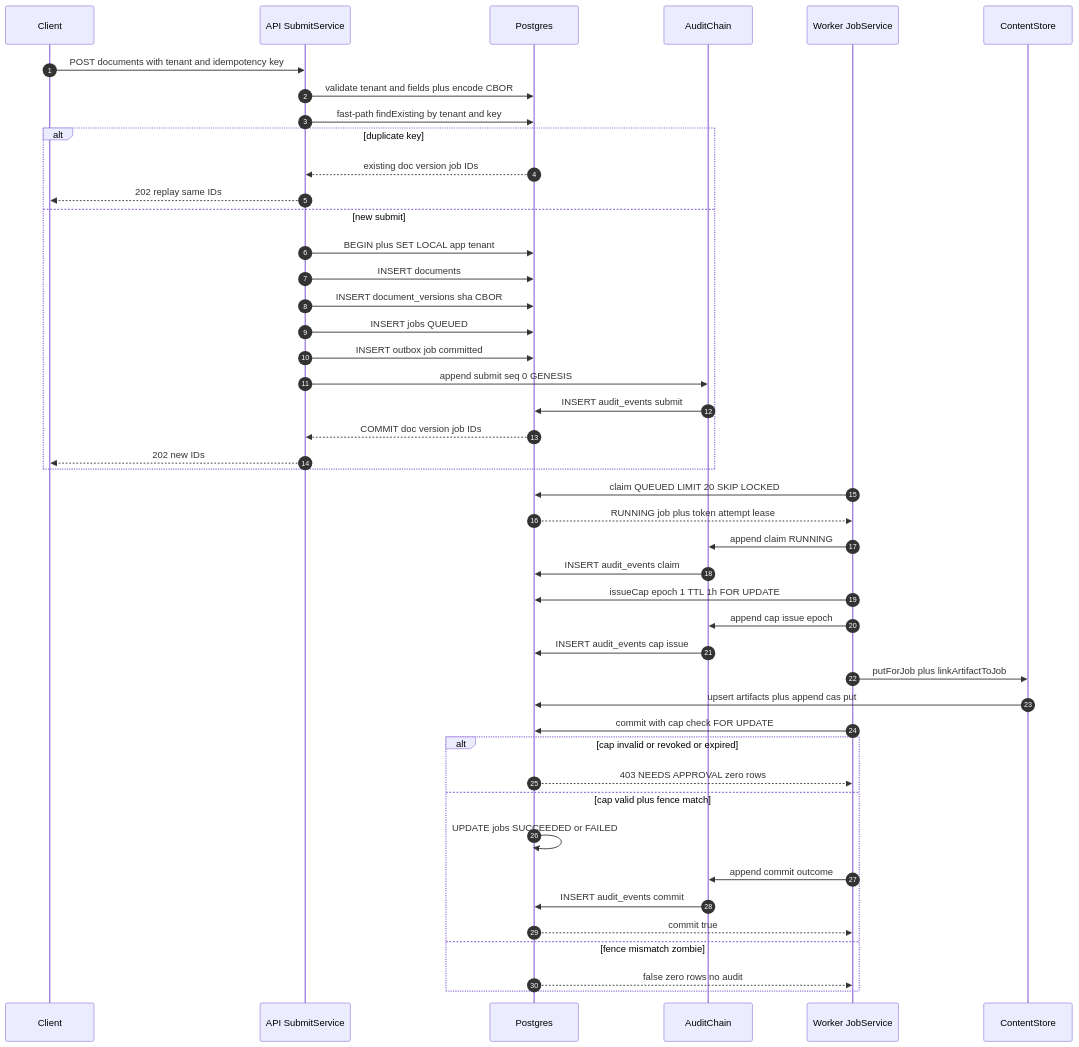
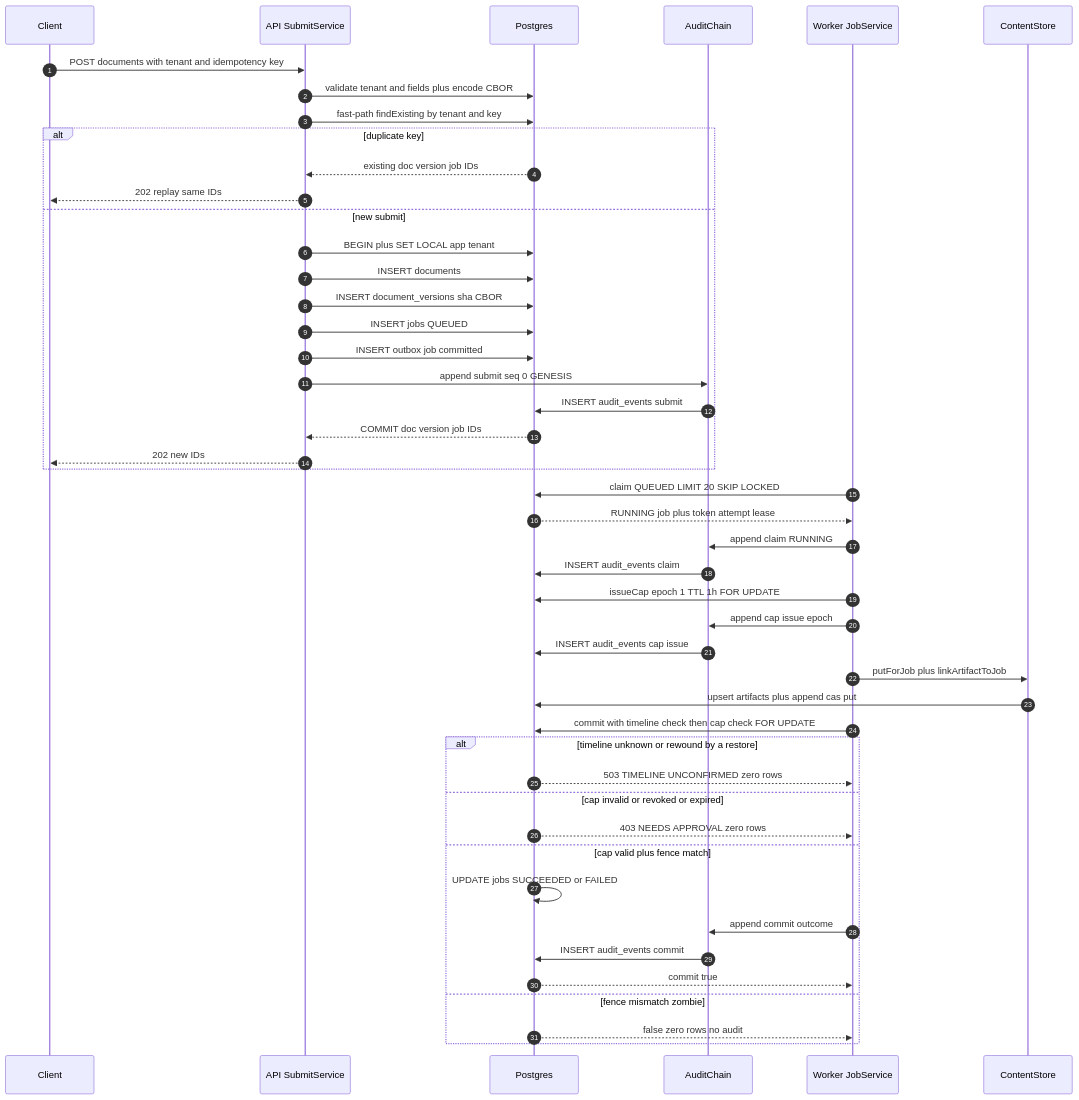
One commit to G1DO/anvil changed the diagram in docs/architecture/flow-submit-claim-commit.mmd. Above: the diagram before and after it, drawn with Mermaid. The commit also changed 14 other files, not shown here.

First line of the commit message:
Add restore drill and fail-closed timeline gate (#92)

```diff
--- a/docs/architecture/flow-submit-claim-commit.mmd
+++ b/docs/architecture/flow-submit-claim-commit.mmd
@@ -1,45 +1,47 @@
 sequenceDiagram
     autonumber
     participant C as Client
     participant A as API SubmitService
     participant D as Postgres
     participant U as AuditChain
     participant W as Worker JobService
     participant S as ContentStore
     C->>A: POST documents with tenant and idempotency key
     A->>D: validate tenant and fields plus encode CBOR
     A->>D: fast-path findExisting by tenant and key
     alt duplicate key
         D-->>A: existing doc version job IDs
         A-->>C: 202 replay same IDs
     else new submit
         A->>D: BEGIN plus SET LOCAL app tenant
         A->>D: INSERT documents
         A->>D: INSERT document_versions sha CBOR
         A->>D: INSERT jobs QUEUED
         A->>D: INSERT outbox job committed
         A->>U: append submit seq 0 GENESIS
         U->>D: INSERT audit_events submit
         D-->>A: COMMIT doc version job IDs
         A-->>C: 202 new IDs
     end
     W->>D: claim QUEUED LIMIT 20 SKIP LOCKED
     D-->>W: RUNNING job plus token attempt lease
     W->>U: append claim RUNNING
     U->>D: INSERT audit_events claim
     W->>D: issueCap epoch 1 TTL 1h FOR UPDATE
     W->>U: append cap issue epoch
     U->>D: INSERT audit_events cap issue
     W->>S: putForJob plus linkArtifactToJob
     S->>D: upsert artifacts plus append cas put
-    W->>D: commit with cap check FOR UPDATE
-    alt cap invalid or revoked or expired
+    W->>D: commit with timeline check then cap check FOR UPDATE
+    alt timeline unknown or rewound by a restore
+        D-->>W: 503 TIMELINE UNCONFIRMED zero rows
+    else cap invalid or revoked or expired
         D-->>W: 403 NEEDS APPROVAL zero rows
     else cap valid plus fence match
         D->>D: UPDATE jobs SUCCEEDED or FAILED
         W->>U: append commit outcome
         U->>D: INSERT audit_events commit
         D-->>W: commit true
     else fence mismatch zombie
         D-->>W: false zero rows no audit
     end
```
